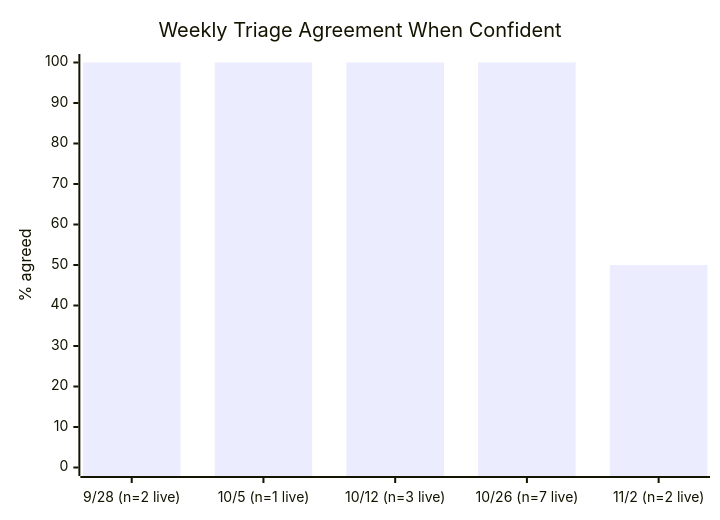
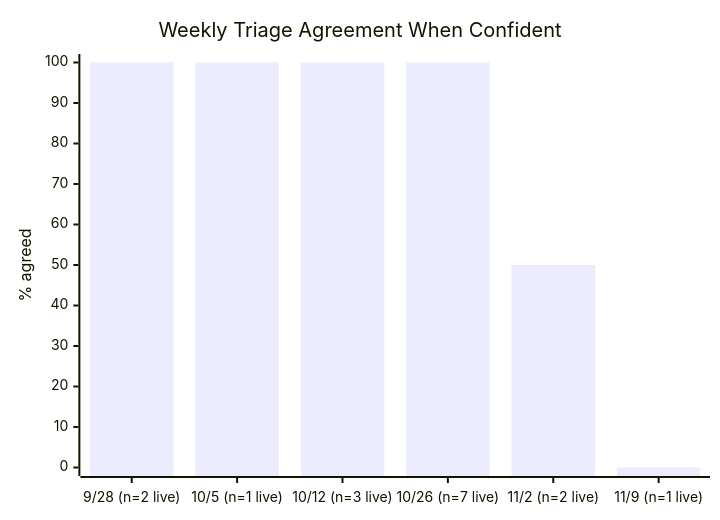
One commit to Sanctum-Origo-Systems/patina changed the third of 4 diagrams in JEV.md. Above: the diagram before and after it, drawn with Mermaid. The commit also changed other lines of this file, not shown here.

````diff
--- a/JEV.md
+++ b/JEV.md
@@ -23,7 +25,7 @@
 ```mermaid
 xychart-beta
     title "Weekly Triage Agreement When Confident"
-    x-axis ["9/28 (n=2 live)", "10/5 (n=1 live)", "10/12 (n=3 live)", "10/26 (n=7 live)", "11/2 (n=2 live)"]
+    x-axis ["9/28 (n=2 live)", "10/5 (n=1 live)", "10/12 (n=3 live)", "10/26 (n=7 live)", "11/2 (n=2 live)", "11/9 (n=1 live)"]
     y-axis "% agreed" 0 --> 100
-    bar [100, 100, 100, 100, 50]
+    bar [100, 100, 100, 100, 50, 0]
 ```
````
